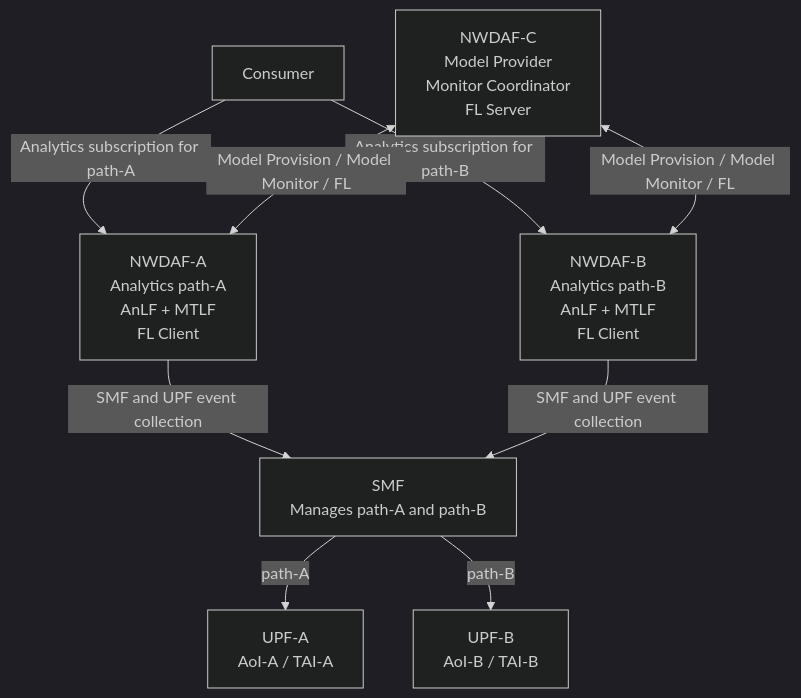
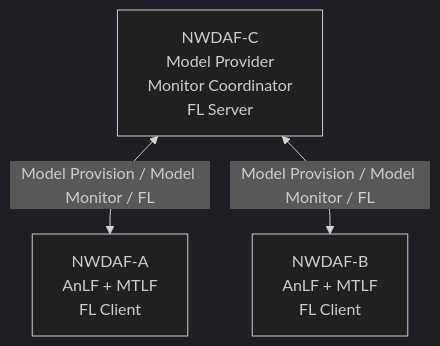
One commit to ChingJe/nwdaf-docs changed the second of 4 diagrams in docs/design/Distributed NWDAF Model Monitoring And Federated Retraining Architecture.md. Above: the diagram before and after it, drawn with Mermaid (dark theme). The commit also changed other lines of this file, not shown here.

````diff
--- a/docs/design/Distributed NWDAF Model Monitoring And Federated Retraining Architecture.md
+++ b/docs/design/Distributed NWDAF Model Monitoring And Federated Retraining Architecture.md
@@ -63,21 +79,9 @@
 ```mermaid
 flowchart TB
-    Consumer["Consumer"]
     C["NWDAF-C<br/>Model Provider<br/>Monitor Coordinator<br/>FL Server"]
-    A["NWDAF-A<br/>Analytics path-A<br/>AnLF + MTLF<br/>FL Client"]
-    B["NWDAF-B<br/>Analytics path-B<br/>AnLF + MTLF<br/>FL Client"]
-    SMF["SMF<br/>Manages path-A and path-B"]
-    UPFA["UPF-A<br/>AoI-A / TAI-A"]
-    UPFB["UPF-B<br/>AoI-B / TAI-B"]
-
-    Consumer -->|Analytics subscription for path-A| A
-    Consumer -->|Analytics subscription for path-B| B
+    A["NWDAF-A<br/>AnLF + MTLF<br/>FL Client"]
+    B["NWDAF-B<br/>AnLF + MTLF<br/>FL Client"]
 
     C <-->|Model Provision / Model Monitor / FL| A
     C <-->|Model Provision / Model Monitor / FL| B
-
-    A -->|SMF and UPF event collection| SMF
-    B -->|SMF and UPF event collection| SMF
-    SMF -->|path-A| UPFA
-    SMF -->|path-B| UPFB
 ```
````
